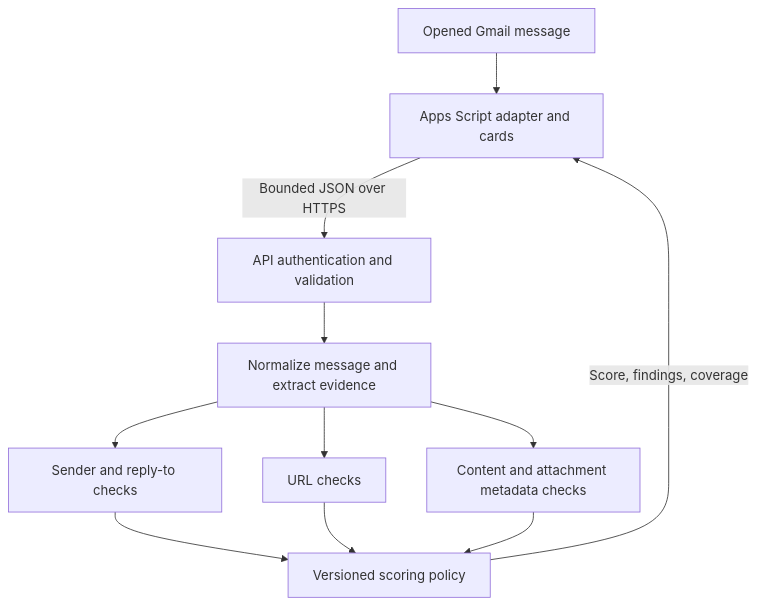
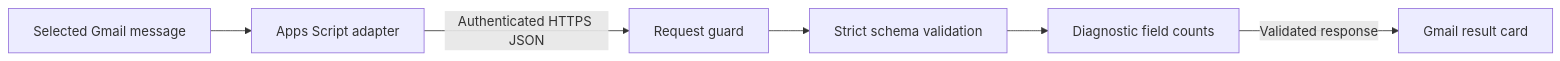
The diagram in README.md (ShaharMaaravi/upwind-mail-guard), drawn with Mermaid before and after one commit. The commit also changed other lines of this file and 35 other files, not shown here.

Commit message:
feat: add authenticated Gmail integration scaffold

````diff
--- a/README.md
+++ b/README.md
@@ -30,13 +68,8 @@
 ```mermaid
-flowchart TD
-  G[Opened Gmail message] --> A[Apps Script adapter and cards]
-  A -->|Bounded JSON over HTTPS| B[API authentication and validation]
-  B --> N[Normalize message and extract evidence]
-  N --> I[Sender and reply-to checks]
-  N --> U[URL checks]
-  N --> C[Content and attachment metadata checks]
-  I --> S[Versioned scoring policy]
-  U --> S
-  C --> S
-  S -->|Score, findings, coverage| A
+flowchart LR
+    G[Selected Gmail message] --> A[Apps Script adapter]
+    A -->|Authenticated HTTPS JSON| B[Request guard]
+    B --> V[Strict schema validation]
+    V --> D[Diagnostic field counts]
+    D -->|Validated response| C[Gmail result card]
 ```
````
